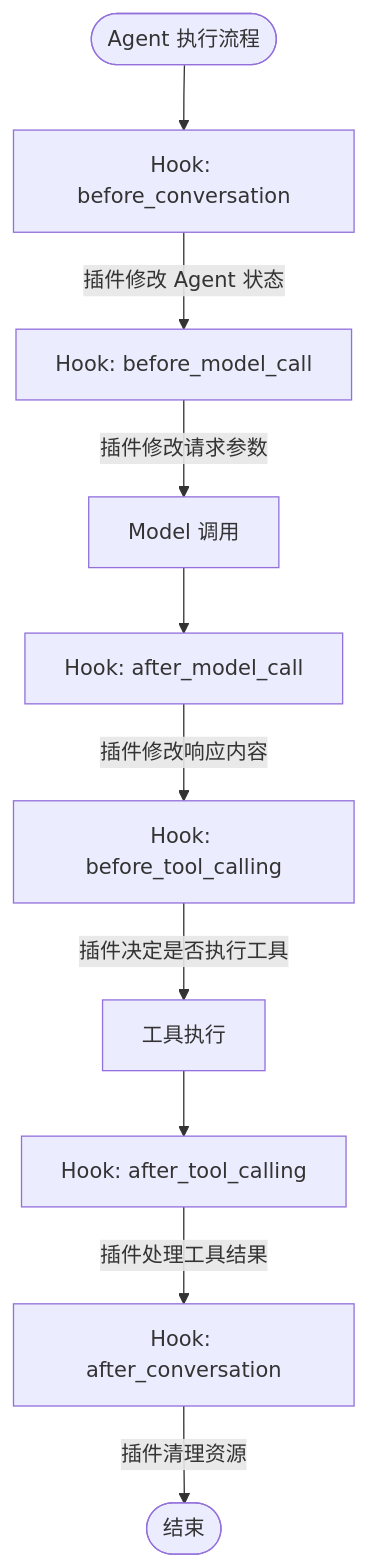
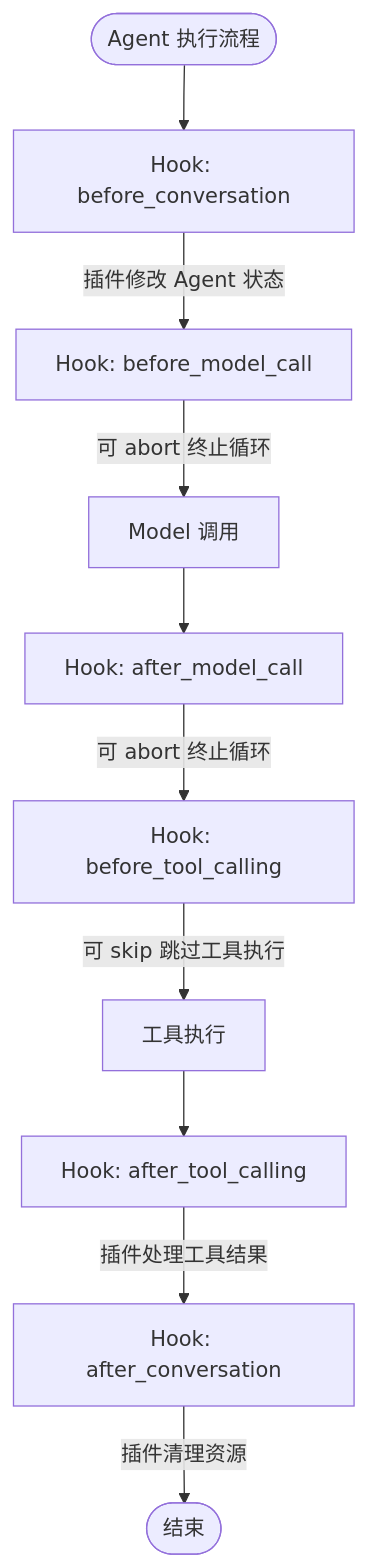
Before and after one commit to whywwhhyy/hawi: the diagram in docs/hook_system.md, drawn with Mermaid. The commit also changed other lines of this file and 13 other files, not shown here.

````diff
--- a/docs/hook_system.md
+++ b/docs/hook_system.md
@@ -13,12 +14,12 @@
 ```mermaid
 flowchart TD
     Start(["Agent 执行流程"]) --> BC["Hook: before_conversation"]
     BC -->|"插件修改 Agent 状态"| BMC["Hook: before_model_call"]
-    BMC -->|"插件修改请求参数"| Model["Model 调用"]
+    BMC -->|"可 abort 终止循环"| Model["Model 调用"]
     Model --> AMC["Hook: after_model_call"]
-    AMC -->|"插件修改响应内容"| BTC["Hook: before_tool_calling"]
-    BTC -->|"插件决定是否执行工具"| Tool["工具执行"]
+    AMC -->|"可 abort 终止循环"| BTC["Hook: before_tool_calling"]
+    BTC -->|"可 skip 跳过工具执行"| Tool["工具执行"]
     Tool --> ATC["Hook: after_tool_calling"]
     ATC -->|"插件处理工具结果"| AEC["Hook: after_conversation"]
     AEC -->|"插件清理资源"| End(["结束"])
 ```
````
